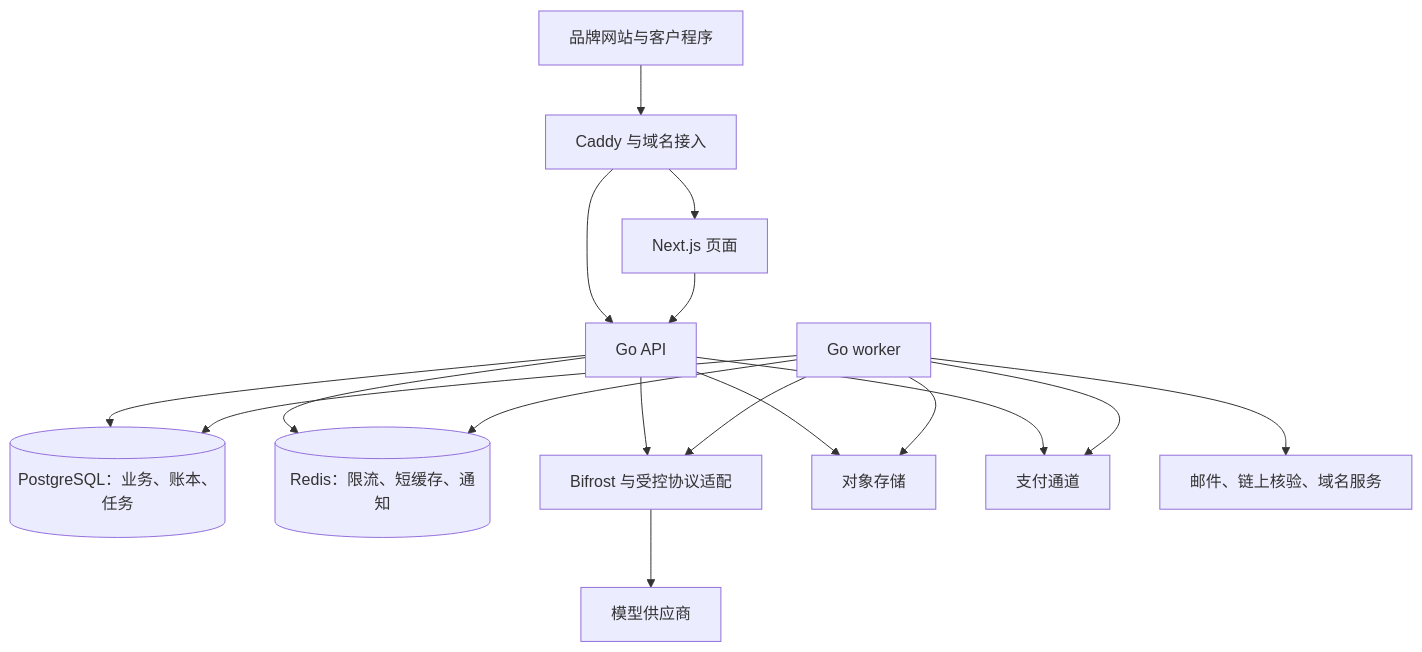
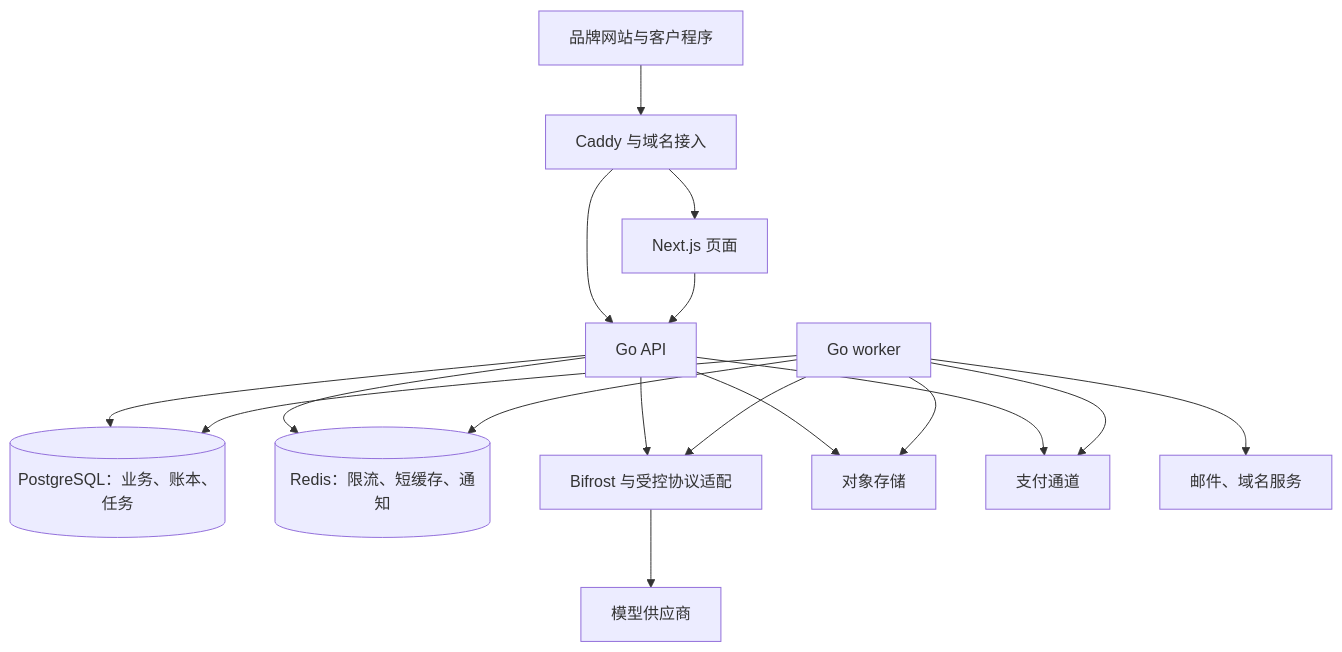
The first of 2 diagrams in docs/product-spec/TokenHub重构实施方案.md (tokpath/tokstudio), drawn with Mermaid before and after one commit. The commit also changed other lines of this file and 81 other files, not shown here.

````diff
--- a/docs/product-spec/TokenHub重构实施方案.md
+++ b/docs/product-spec/TokenHub重构实施方案.md
@@ -60,19 +62,19 @@
 ```mermaid
 flowchart TD
     U[品牌网站与客户程序] --> E[Caddy 与域名接入]
     E --> W[Next.js 页面]
     E --> A[Go API]
     W --> A
     A --> D[(PostgreSQL：业务、账本、任务)]
     A --> R[(Redis：限流、短缓存、通知)]
     A --> B[Bifrost 与受控协议适配]
     B --> S[模型供应商]
     J[Go worker] --> D
     J --> R
     J --> B
     A --> O[对象存储]
     J --> O
     A --> P[支付通道]
     J --> P
-    J --> M[邮件、链上核验、域名服务]
+    J --> M[邮件、域名服务]
 ```
````
